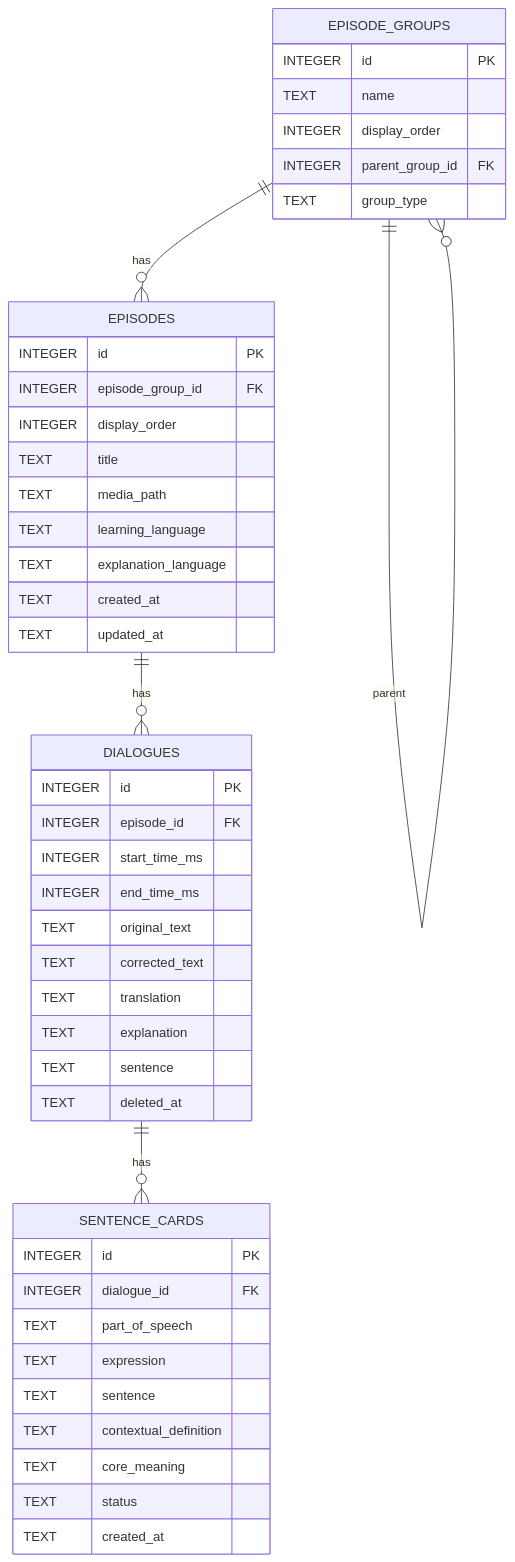
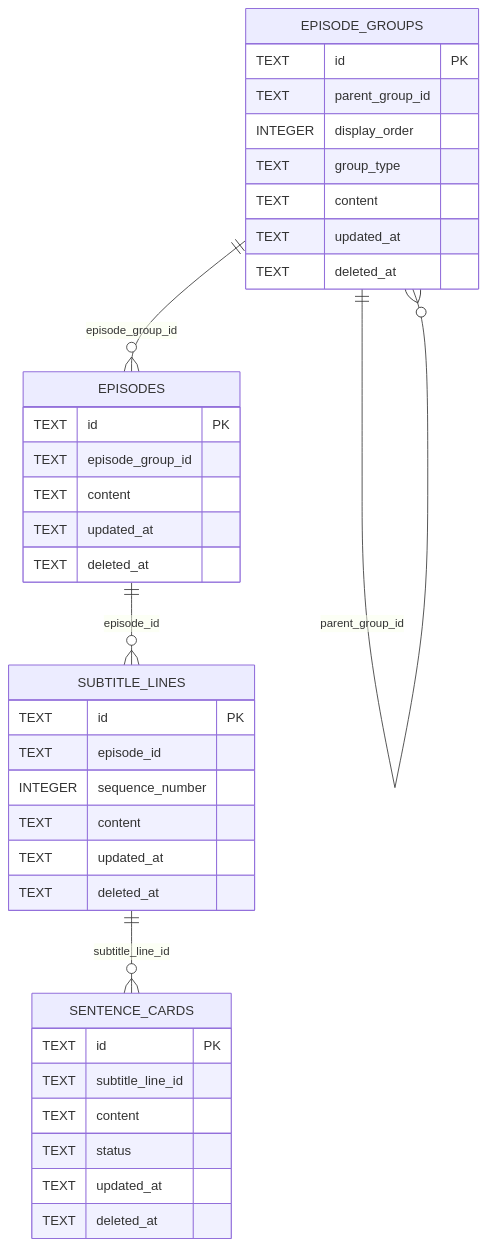
Before and after one commit to k5n/kotonoha: the second of 2 diagrams in doc/technical_specifications.md, drawn with Mermaid. The commit also changed other lines of this file and 2 other files, not shown here.

Commit message:
docs: Update database schema documentation and remove obsolete tables

````diff
--- a/doc/technical_specifications.md
+++ b/doc/technical_specifications.md
@@ -208,49 +215,40 @@
 ```mermaid
 erDiagram
     EPISODE_GROUPS {
-        INTEGER id PK
-        TEXT name
+        TEXT id PK
+        TEXT parent_group_id
         INTEGER display_order
-        INTEGER parent_group_id FK
         TEXT group_type
+        TEXT content
+        TEXT updated_at
+        TEXT deleted_at
     }
     EPISODES {
-        INTEGER id PK
-        INTEGER episode_group_id FK
-        INTEGER display_order
-        TEXT title
-        TEXT media_path
-        TEXT learning_language
-        TEXT explanation_language
-        TEXT created_at
+        TEXT id PK
+        TEXT episode_group_id
+        TEXT content
         TEXT updated_at
+        TEXT deleted_at
     }
-    DIALOGUES {
-        INTEGER id PK
-        INTEGER episode_id FK
-        INTEGER start_time_ms
-        INTEGER end_time_ms
-        TEXT original_text
-        TEXT corrected_text
-        TEXT translation
-        TEXT explanation
-        TEXT sentence
+    SUBTITLE_LINES {
+        TEXT id PK
+        TEXT episode_id
+        INTEGER sequence_number
+        TEXT content
+        TEXT updated_at
         TEXT deleted_at
     }
     SENTENCE_CARDS {
-        INTEGER id PK
-        INTEGER dialogue_id FK
-        TEXT part_of_speech
-        TEXT expression
-        TEXT sentence
-        TEXT contextual_definition
-        TEXT core_meaning
+        TEXT id PK
+        TEXT subtitle_line_id
+        TEXT content
         TEXT status
-        TEXT created_at
+        TEXT updated_at
+        TEXT deleted_at
     }
 
-    EPISODE_GROUPS ||--o{ EPISODE_GROUPS : "parent"
-    EPISODE_GROUPS ||--o{ EPISODES : "has"
-    EPISODES ||--o{ DIALOGUES : "has"
-    DIALOGUES ||--o{ SENTENCE_CARDS : "has"
+    EPISODE_GROUPS ||--o{ EPISODE_GROUPS : "parent_group_id"
+    EPISODE_GROUPS ||--o{ EPISODES : "episode_group_id"
+    EPISODES ||--o{ SUBTITLE_LINES : "episode_id"
+    SUBTITLE_LINES ||--o{ SENTENCE_CARDS : "subtitle_line_id"
 ```
````
